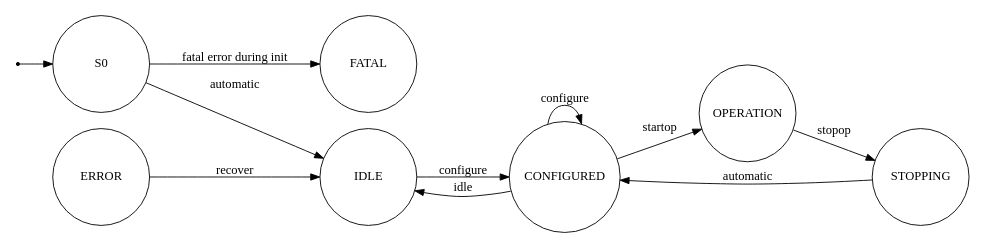
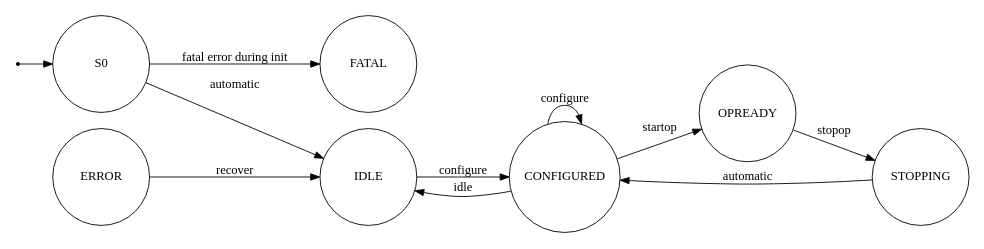
The diagram in modules/dm-unipz/dmunipz-fw/dm-unipz.gv (GSI-CS-CO/bel_projects), drawn with Graphviz before and after one commit. The commit also changed 4 other files, not shown here.

Commit message:
dm-unipz: change name of state OPERATION to OPREADY, implement commands forcing release of TK or beam

```diff
--- a/modules/dm-unipz/dmunipz-fw/dm-unipz.gv
+++ b/modules/dm-unipz/dmunipz-fw/dm-unipz.gv
@@ -1,21 +1,21 @@
 digraph finite_state_machine {
     rankdir=LR;
     size="8,5"
 
     node [shape = point ]; qi
 
     node [shape = circle width=1.5];
     qi         -> S0;
     S0         -> IDLE        [ label = "automatic" ];
     S0         -> FATAL       [ label = "fatal error during init" ];
     IDLE       -> CONFIGURED  [ label = "configure" ];
     CONFIGURED -> IDLE        [ label = "idle" ];
     CONFIGURED -> CONFIGURED  [ label = "configure" ];
-    CONFIGURED -> OPERATION   [ label = "startop" ];
-    OPERATION  -> STOPPING    [ label = "stopop" ];
+    CONFIGURED -> OPREADY     [ label = "startop" ];
+    OPREADY    -> STOPPING    [ label = "stopop" ];
     STOPPING   -> CONFIGURED  [ label = "automatic" ];
     ERROR      -> IDLE        [ label = "recover" ];
     
 }
 
 /* use 'dot -Tpng dm-unipz.gv -o dm-unipz.png' to create an image */
```
